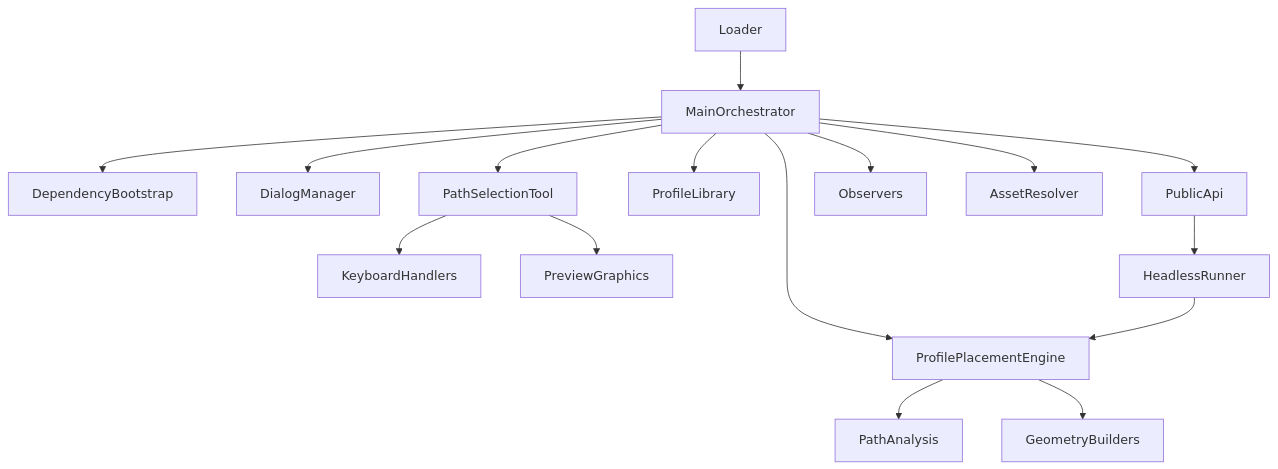
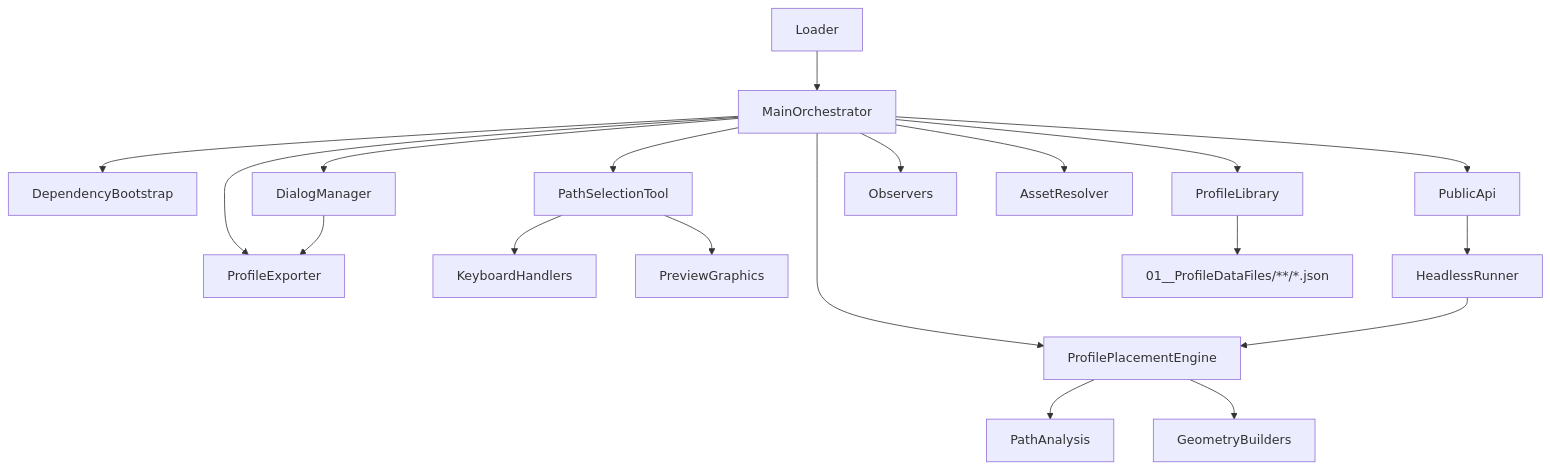
One commit to Adam-Noble-01/Plugins changed the first of 2 diagrams in Na__ProfileTools__ProfilePathTracer__Modules__/Na__ProfileTools__ProfilePathTracer__Architecture__.md. Above: the diagram before and after it, drawn with Mermaid. The commit also changed other lines of this file and 301 other files, not shown here.

Commit message:
ProfileTools Version 0.1.1 - 24-Mar-2026 - Create New Profile / Rich JSON Export Feature

````diff
--- a/Na__ProfileTools__ProfilePathTracer__Modules__/Na__ProfileTools__ProfilePathTracer__Architecture__.md
+++ b/Na__ProfileTools__ProfilePathTracer__Modules__/Na__ProfileTools__ProfilePathTracer__Architecture__.md
@@ -44,18 +46,21 @@
 ```mermaid
 flowchart TD
 loader[Loader] --> main[MainOrchestrator]
 main --> dep[DependencyBootstrap]
 main --> dialog[DialogManager]
 main --> api[PublicApi]
 main --> lib[ProfileLibrary]
+main --> exporter[ProfileExporter]
 main --> pathTool[PathSelectionTool]
 pathTool --> keyboard[KeyboardHandlers]
 pathTool --> preview[PreviewGraphics]
 main --> engine[ProfilePlacementEngine]
 engine --> pathAnalysis[PathAnalysis]
 engine --> geometry[GeometryBuilders]
 api --> headless[HeadlessRunner]
 headless --> engine
 main --> observers[Observers]
 main --> assets[AssetResolver]
+lib --> dataFiles["01__ProfileDataFiles/**/*.json"]
+dialog --> exporter
 ```
````
